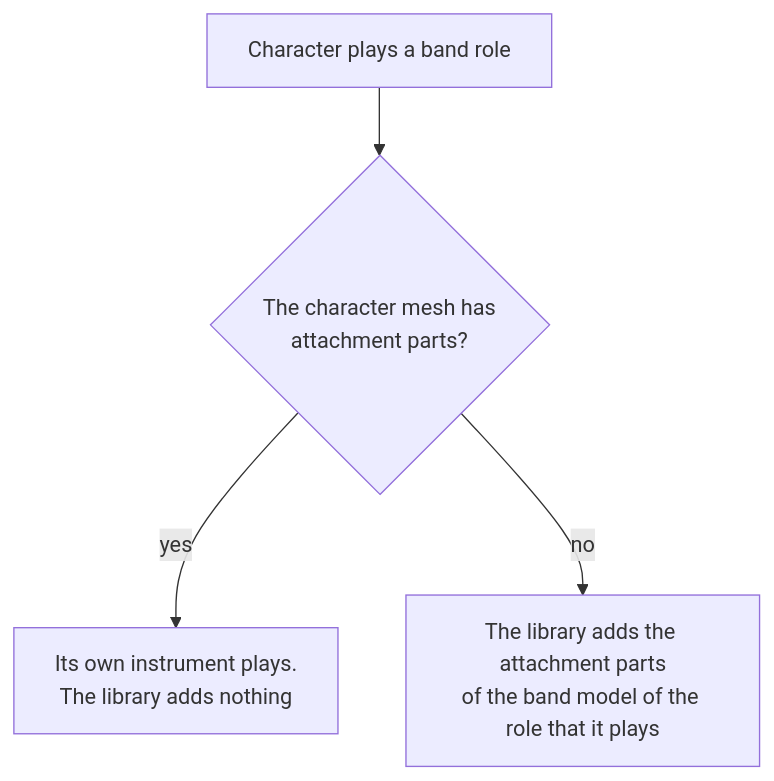
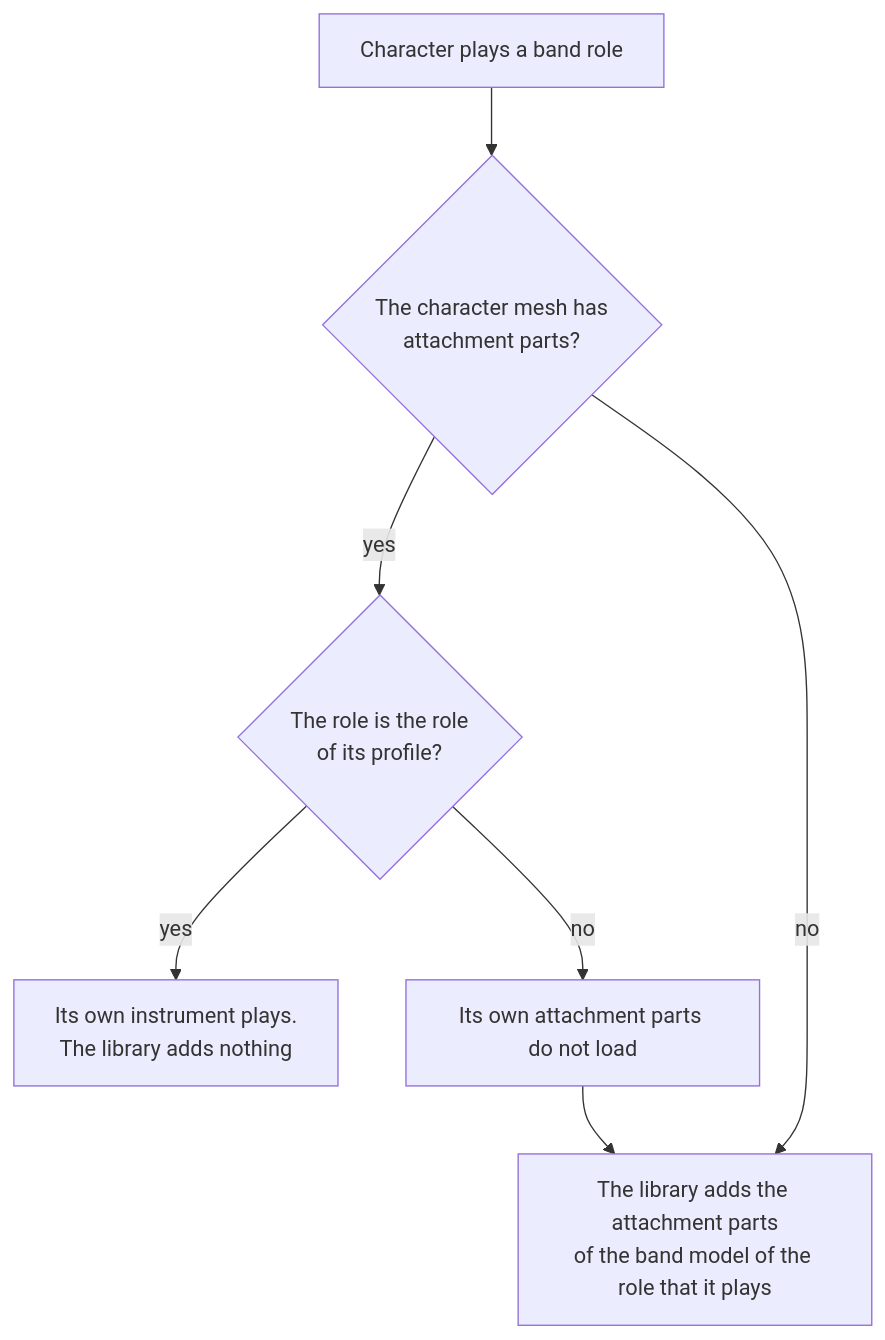
One commit to heditwo/gh3-clonehero-skin changed the third of 3 diagrams in docs/PACKAGE-FORMAT.md. Above: the diagram before and after it, drawn with Mermaid. The commit also changed other lines of this file and 25 other files, not shown here.

````diff
--- a/docs/PACKAGE-FORMAT.md
+++ b/docs/PACKAGE-FORMAT.md
@@ -736,6 +747,9 @@
 ```mermaid
 flowchart TD
     Load[Character plays a band role] --> Own{The character mesh has<br/>attachment parts?}
-    Own -- yes --> Keep[Its own instrument plays.<br/>The library adds nothing]
+    Own -- yes --> Role{The role is the role<br/>of its profile?}
+    Role -- yes --> Keep[Its own instrument plays.<br/>The library adds nothing]
+    Role -- no --> Drop[Its own attachment parts do not load]
+    Drop --> Add
     Own -- no --> Add[The library adds the attachment parts<br/>of the band model of the role that it plays]
 ```
````
